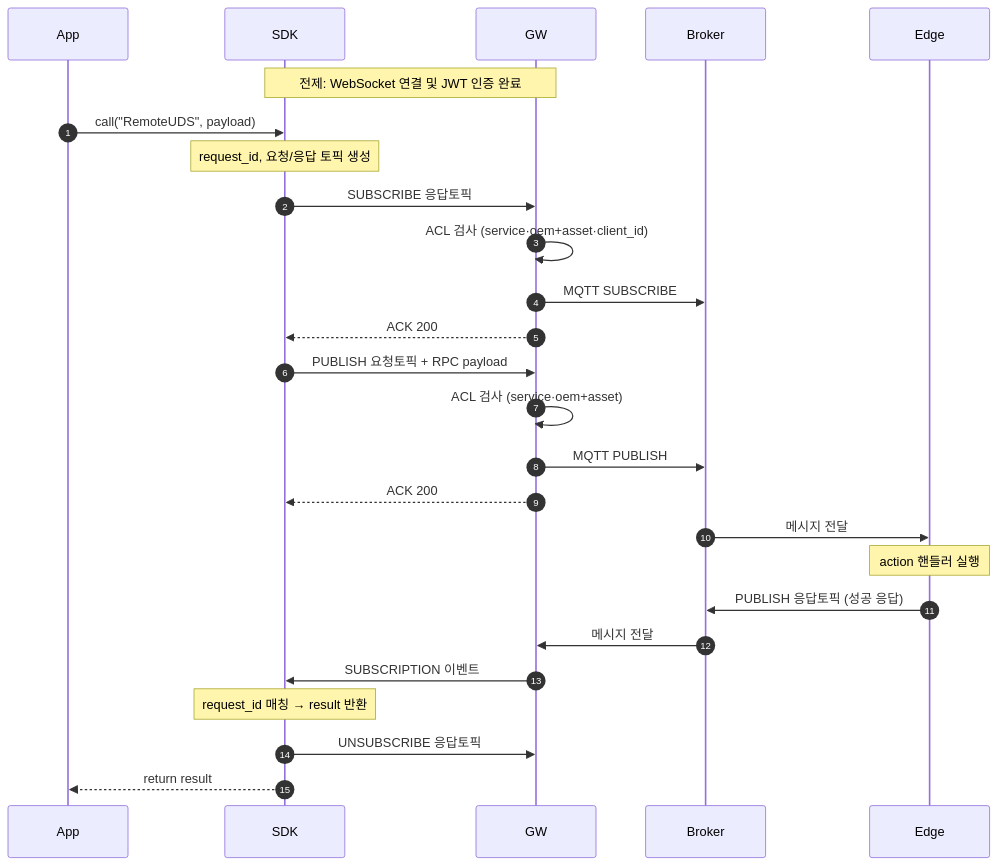
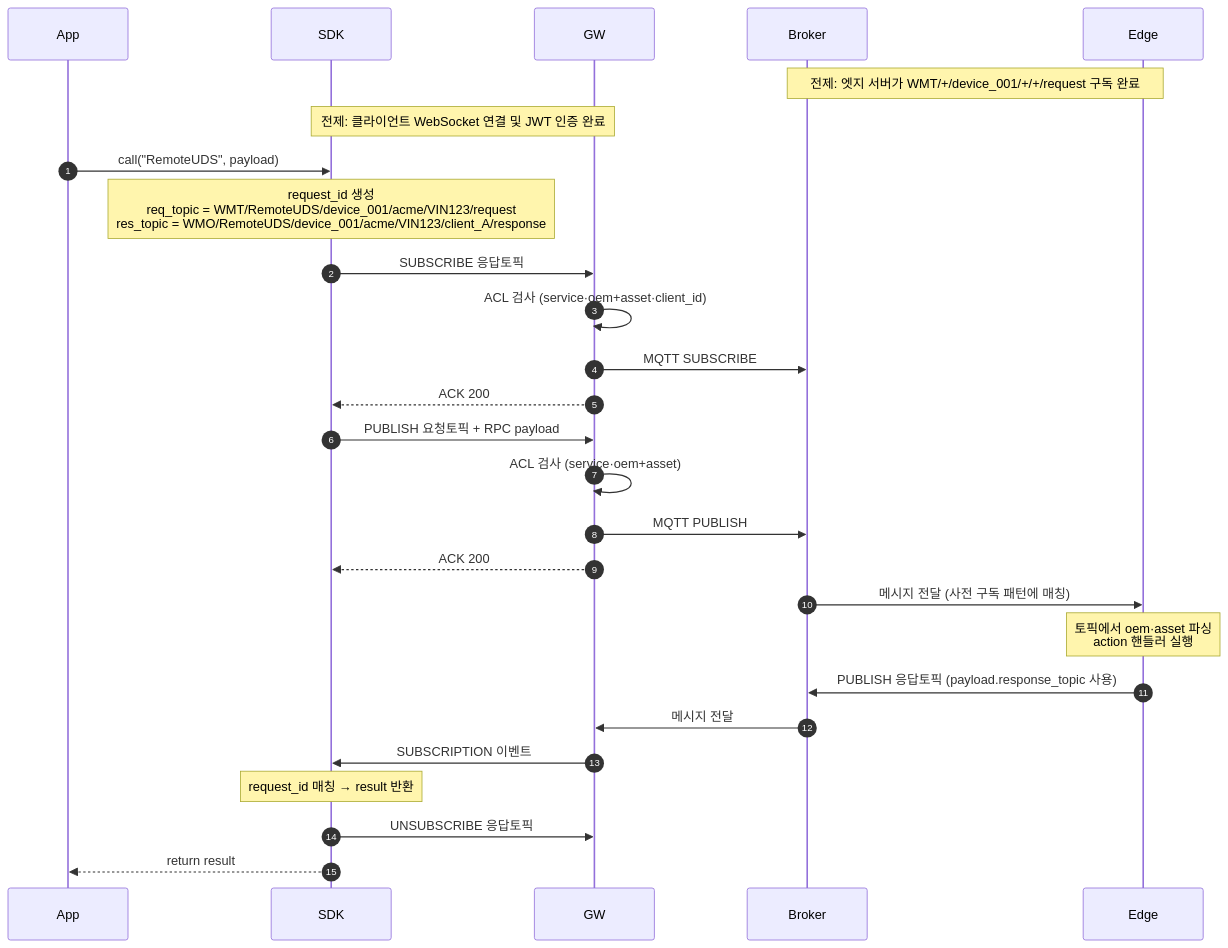
One commit to DongEunKim/MQTT-WSS-API changed the second of 12 diagrams in docs/RPC_SEQUENCE_DIAGRAMS.md. Above: the diagram before and after it, drawn with Mermaid. The commit also changed other lines of this file, not shown here.

````diff
--- a/docs/RPC_SEQUENCE_DIAGRAMS.md
+++ b/docs/RPC_SEQUENCE_DIAGRAMS.md
@@ -35,37 +70,38 @@
 ```mermaid
 sequenceDiagram
     autonumber
     participant App
     participant SDK
     participant GW
     participant Broker
     participant Edge
 
-    Note over SDK,GW: 전제: WebSocket 연결 및 JWT 인증 완료
+    Note over Edge,Broker: 전제: 엣지 서버가 WMT/+/device_001/+/+/request 구독 완료
+    Note over SDK,GW: 전제: 클라이언트 WebSocket 연결 및 JWT 인증 완료
 
     App->>SDK: call("RemoteUDS", payload)
 
-    Note over SDK: request_id, 요청/응답 토픽 생성
+    Note over SDK: request_id 생성<br/>req_topic = WMT/RemoteUDS/device_001/acme/VIN123/request<br/>res_topic = WMO/RemoteUDS/device_001/acme/VIN123/client_A/response
 
     SDK->>GW: SUBSCRIBE 응답토픽
     GW->>GW: ACL 검사 (service·oem+asset·client_id)
     GW->>Broker: MQTT SUBSCRIBE
     GW-->>SDK: ACK 200
 
     SDK->>GW: PUBLISH 요청토픽 + RPC payload
     GW->>GW: ACL 검사 (service·oem+asset)
     GW->>Broker: MQTT PUBLISH
     GW-->>SDK: ACK 200
 
-    Broker->>Edge: 메시지 전달
-    Note over Edge: action 핸들러 실행
+    Broker->>Edge: 메시지 전달 (사전 구독 패턴에 매칭)
+    Note over Edge: 토픽에서 oem·asset 파싱<br/>action 핸들러 실행
 
-    Edge->>Broker: PUBLISH 응답토픽 (성공 응답)
+    Edge->>Broker: PUBLISH 응답토픽 (payload.response_topic 사용)
     Broker->>GW: 메시지 전달
     GW->>SDK: SUBSCRIPTION 이벤트
 
     Note over SDK: request_id 매칭 → result 반환
 
     SDK->>GW: UNSUBSCRIBE 응답토픽
     SDK-->>App: return result
 ```
````
